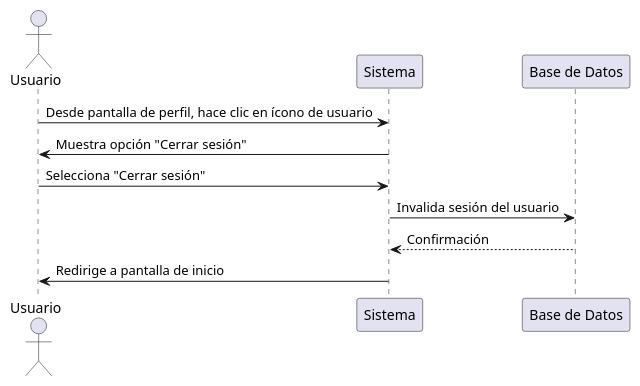
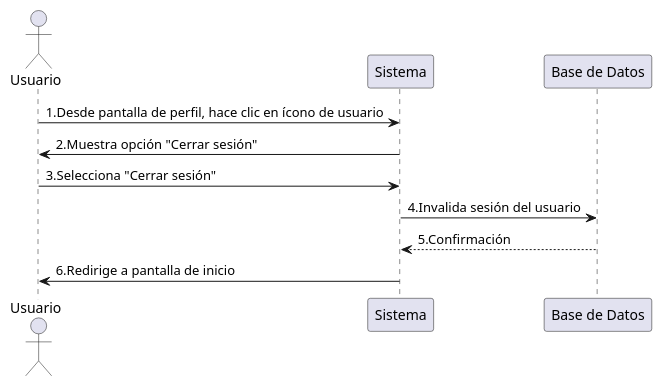
Before and after one commit to LauKnitIn/SISTEMA-GESTOR-DE-RECORRIDOS: the diagram in diagramas_modulo_autenticacion/secuencia-modulo-autenticacion/Secuencia_Cerrar_sesion.puml, drawn with PlantUML. The commit also changed 4 other files, not shown here.

Commit message:
Se agrego numeración a los pasos de los diagramas de secuencia

```diff
--- a/diagramas_modulo_autenticacion/secuencia-modulo-autenticacion/Secuencia_Cerrar_sesion.puml
+++ b/diagramas_modulo_autenticacion/secuencia-modulo-autenticacion/Secuencia_Cerrar_sesion.puml
@@ -1,12 +1,12 @@
 @startuml
 actor Usuario
 participant "Sistema" as S
 participant "Base de Datos" as BD
 
-Usuario -> S: Desde pantalla de perfil, hace clic en ícono de usuario
-S -> Usuario: Muestra opción "Cerrar sesión"
-Usuario -> S: Selecciona "Cerrar sesión"
-S -> BD: Invalida sesión del usuario
-BD --> S: Confirmación
-S -> Usuario: Redirige a pantalla de inicio
+Usuario -> S: 1.Desde pantalla de perfil, hace clic en ícono de usuario
+S -> Usuario: 2.Muestra opción "Cerrar sesión"
+Usuario -> S: 3.Selecciona "Cerrar sesión"
+S -> BD: 4.Invalida sesión del usuario
+BD --> S: 5.Confirmación
+S -> Usuario: 6.Redirige a pantalla de inicio
 @enduml
```
